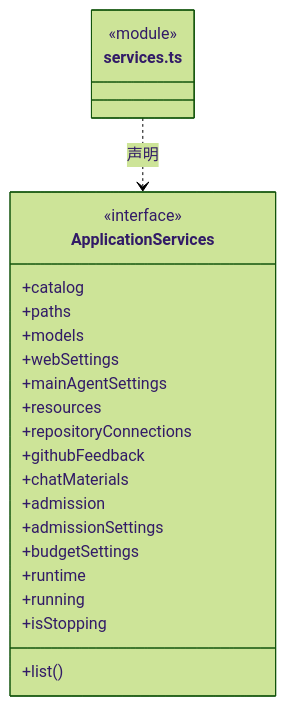
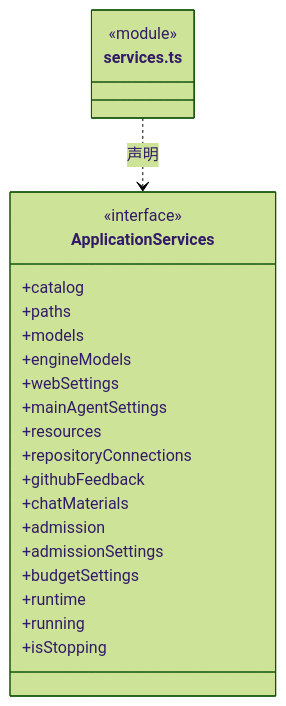
Diagram 12 of 22 in src/bridge/server/ipc/ARCHITECTURE.md (nan023062/cbim), drawn with Mermaid (forest theme) before and after one commit. The commit also changed other lines of this file and 131 other files, not shown here.

````diff
--- a/src/bridge/server/ipc/ARCHITECTURE.md
+++ b/src/bridge/server/ipc/ARCHITECTURE.md
@@ -173,26 +173,26 @@
 ```mermaid
 classDiagram
 class N_src_bridge_server_ipc_services_ts["services.ts"] {
   <<module>>
 }
 class N_src_bridge_server_ipc_services_ts_ApplicationServices["ApplicationServices"] {
   <<interface>>
   +catalog
   +paths
   +models
+  +engineModels
   +webSettings
   +mainAgentSettings
   +resources
   +repositoryConnections
   +githubFeedback
   +chatMaterials
   +admission
   +admissionSettings
   +budgetSettings
   +runtime
   +running
   +isStopping
-  +list()
 }
 N_src_bridge_server_ipc_services_ts ..> N_src_bridge_server_ipc_services_ts_ApplicationServices : 声明
 ```
````
